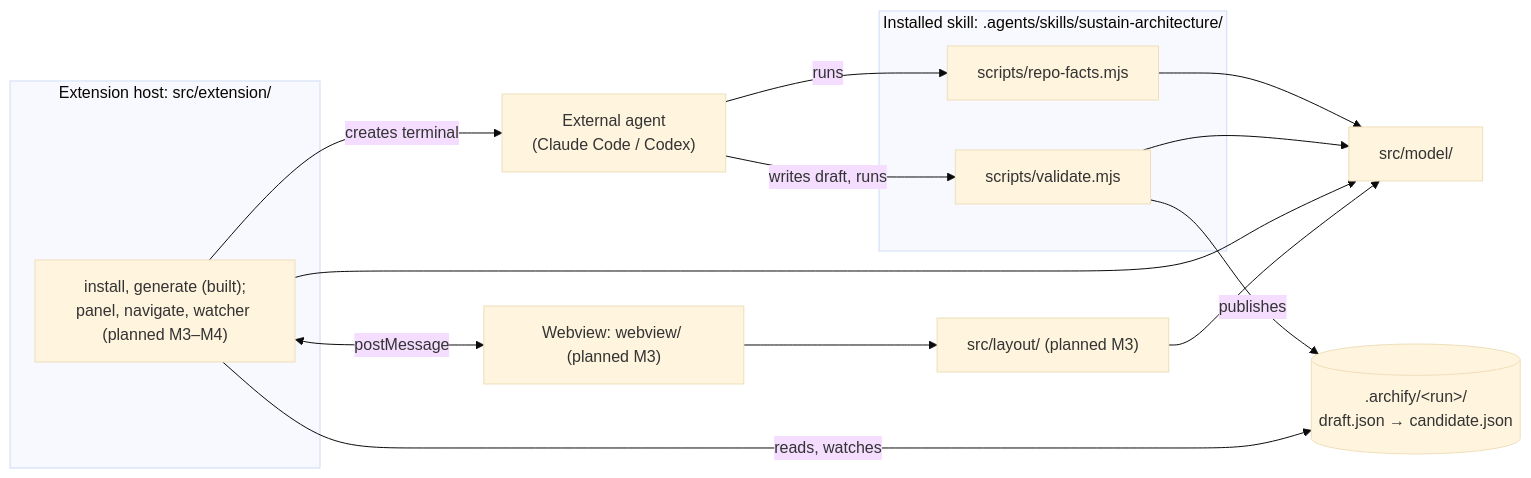
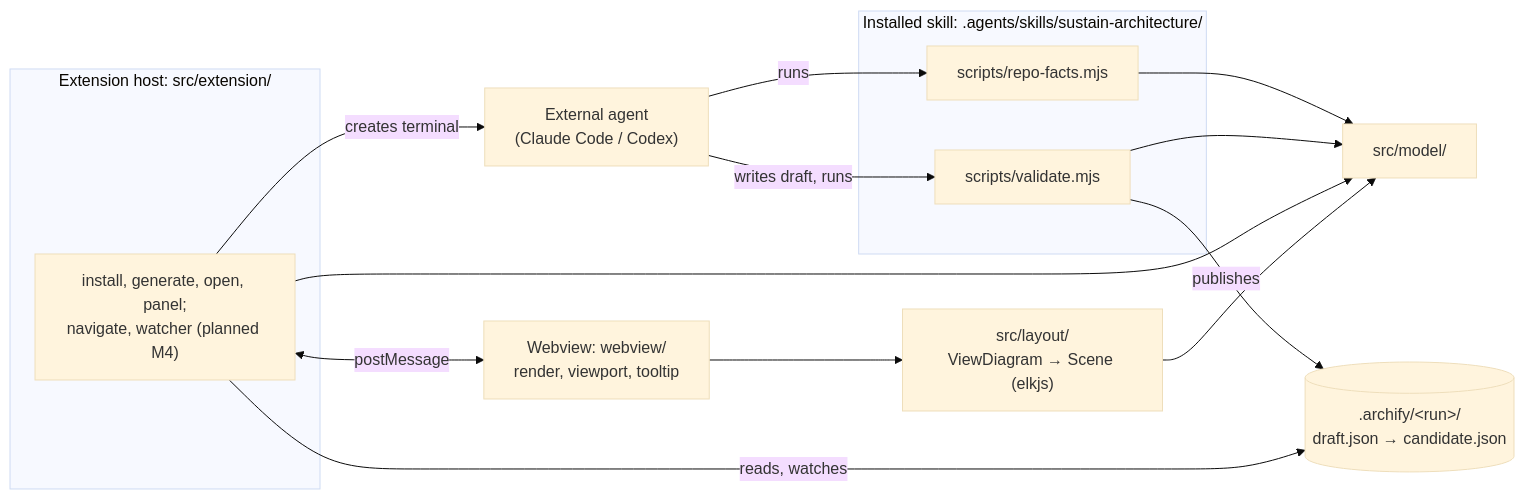
Before and after one commit to DennieDan/sustain: the first of 3 diagrams in docs/architecture.md, drawn with Mermaid (base theme). The commit also changed other lines of this file and 46 other files, not shown here.

````diff
--- a/docs/architecture.md
+++ b/docs/architecture.md
@@ -9,27 +9,27 @@
 ```mermaid
 flowchart LR
   agent["External agent<br/>(Claude Code / Codex)"]
   subgraph skill["Installed skill: .agents/skills/sustain-architecture/"]
     rf["scripts/repo-facts.mjs"]
     val["scripts/validate.mjs"]
   end
   subgraph ext["Extension host: src/extension/"]
-    host["install, generate (built);<br/>panel, navigate, watcher (planned M3–M4)"]
+    host["install, generate, open, panel;<br/>navigate, watcher (planned M4)"]
   end
-  web["Webview: webview/ (planned M3)"]
+  web["Webview: webview/<br/>render, viewport, tooltip"]
   model["src/model/"]
-  layout["src/layout/ (planned M3)"]
+  layout["src/layout/<br/>ViewDiagram → Scene (elkjs)"]
   disk[(".archify/&lt;run&gt;/<br/>draft.json → candidate.json")]
 
   agent -- "runs" --> rf
   agent -- "writes draft, runs" --> val
   rf --> model
   val --> model
   val -- "publishes" --> disk
   host --> model
   host <-- "postMessage" --> web
   web --> layout
   layout --> model
   host -- "reads, watches" --> disk
   host -- "creates terminal" --> agent
 ```
````
